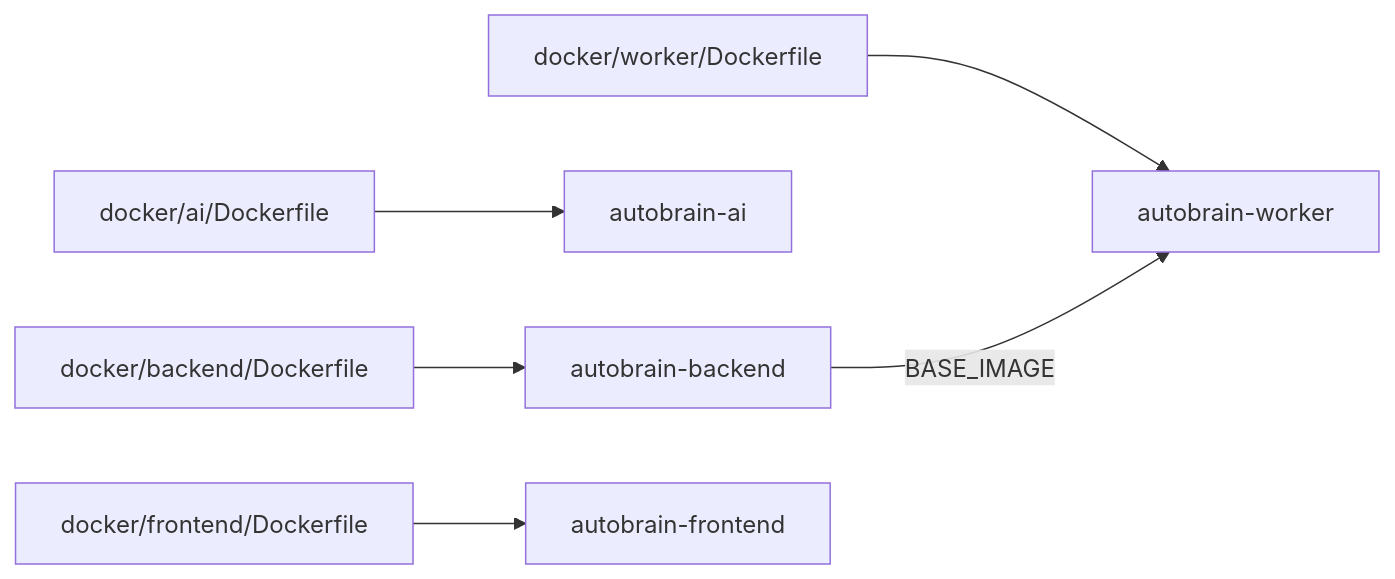
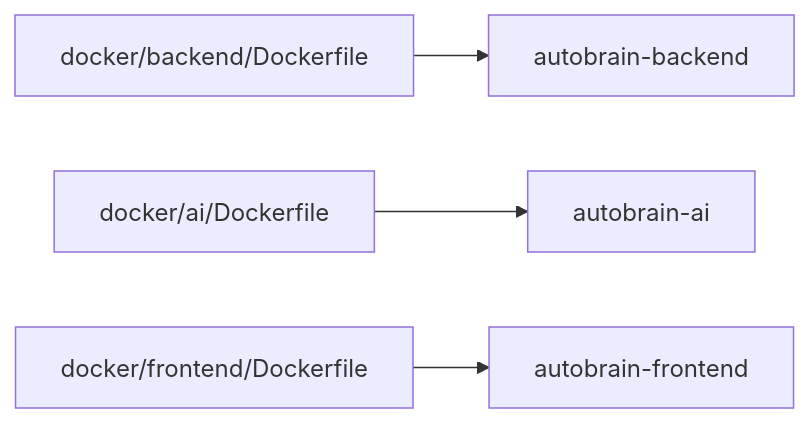
Before and after one commit to CannonFodder151/autobrain: the third of 4 diagrams in docs/infrastructure-diagrams.md, drawn with Mermaid. The commit also changed other lines of this file and 14 other files, not shown here.

````diff
--- a/docs/infrastructure-diagrams.md
+++ b/docs/infrastructure-diagrams.md
@@ -38,8 +35,6 @@
 ```mermaid
 graph LR
     BF[docker/backend/Dockerfile] --> AB[autobrain-backend]
     AF[docker/ai/Dockerfile] --> AAI[autobrain-ai]
-    WF[docker/worker/Dockerfile] --> AW[autobrain-worker]
     FF[docker/frontend/Dockerfile] --> AFE[autobrain-frontend]
-    AB -->|BASE_IMAGE| AW
 ```
````
